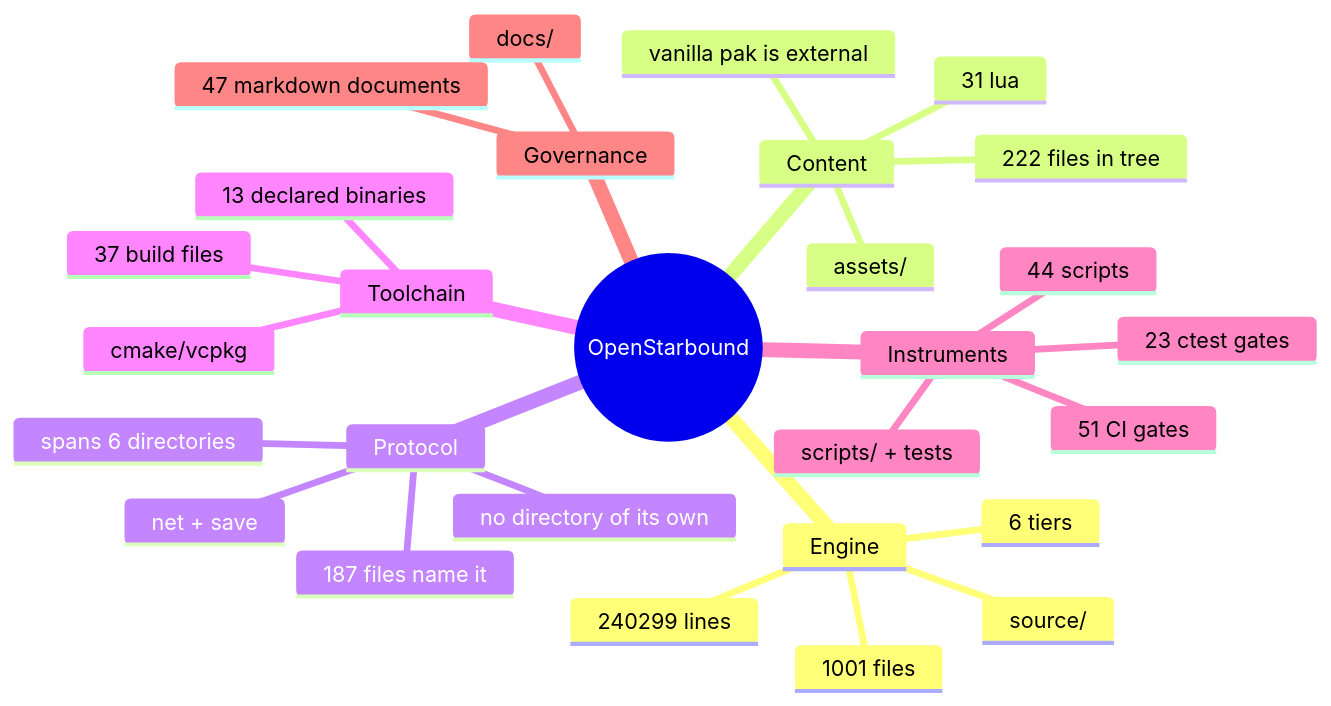
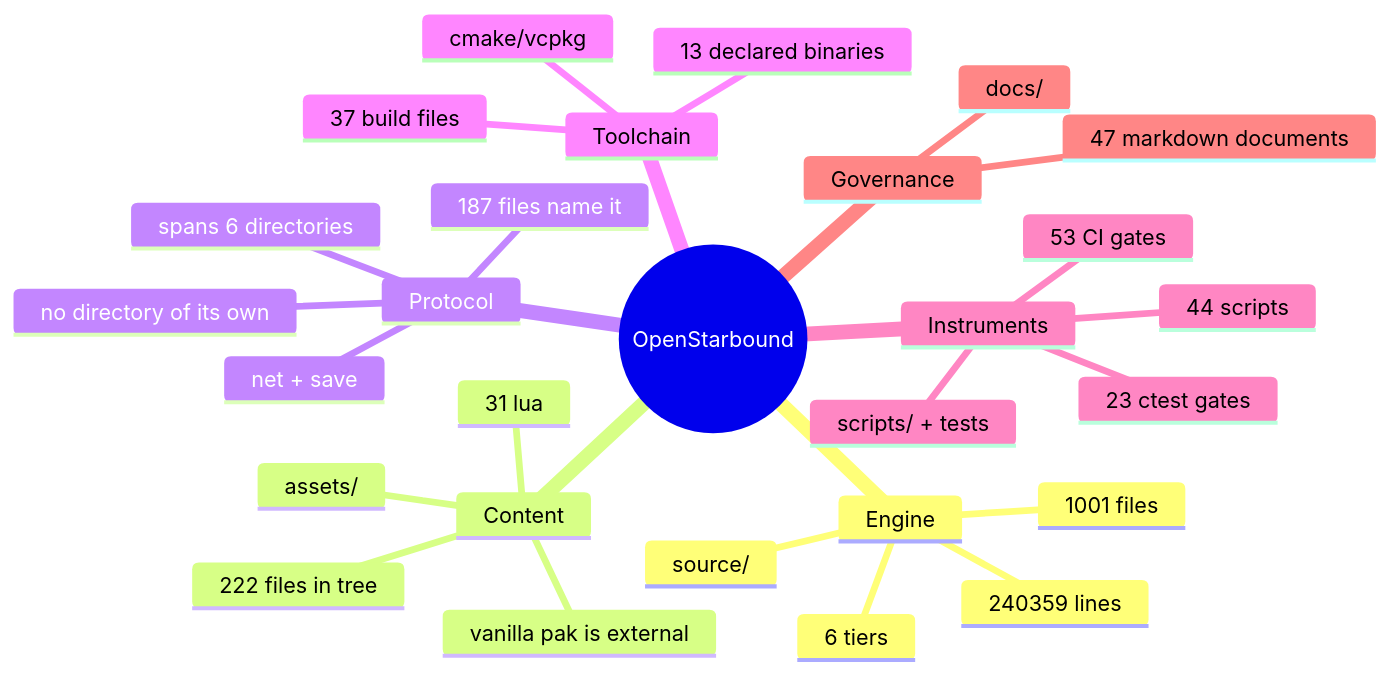
One commit to apnex/OpenStarbound changed the second of 11 diagrams in docs/architecture/system-boundaries.md. Above: the diagram before and after it, drawn with Mermaid. The commit also changed other lines of this file and 7 other files, not shown here.

````diff
--- a/docs/architecture/system-boundaries.md
+++ b/docs/architecture/system-boundaries.md
@@ -166,31 +166,31 @@
 ```mermaid
 mindmap
   root((OpenStarbound))
     Engine
       source/
       1001 files
-      240299 lines
+      240359 lines
       6 tiers
     Content
       assets/
       222 files in tree
       31 lua
       vanilla pak is external
     Protocol
       net + save
       187 files name it
       spans 6 directories
       no directory of its own
     Toolchain
       cmake/vcpkg
       37 build files
       13 declared binaries
     Instruments
       scripts/ + tests
       44 scripts
       23 ctest gates
-      51 CI gates
+      53 CI gates
     Governance
       docs/
       47 markdown documents
 ```
````
